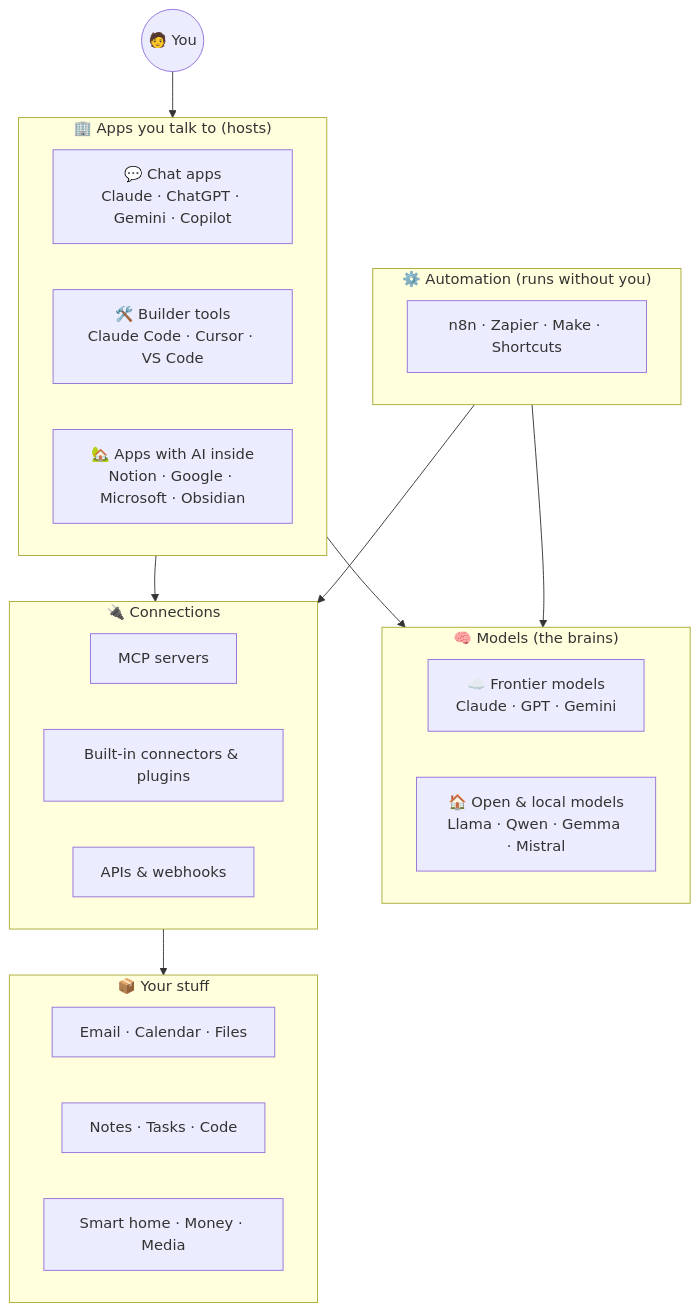
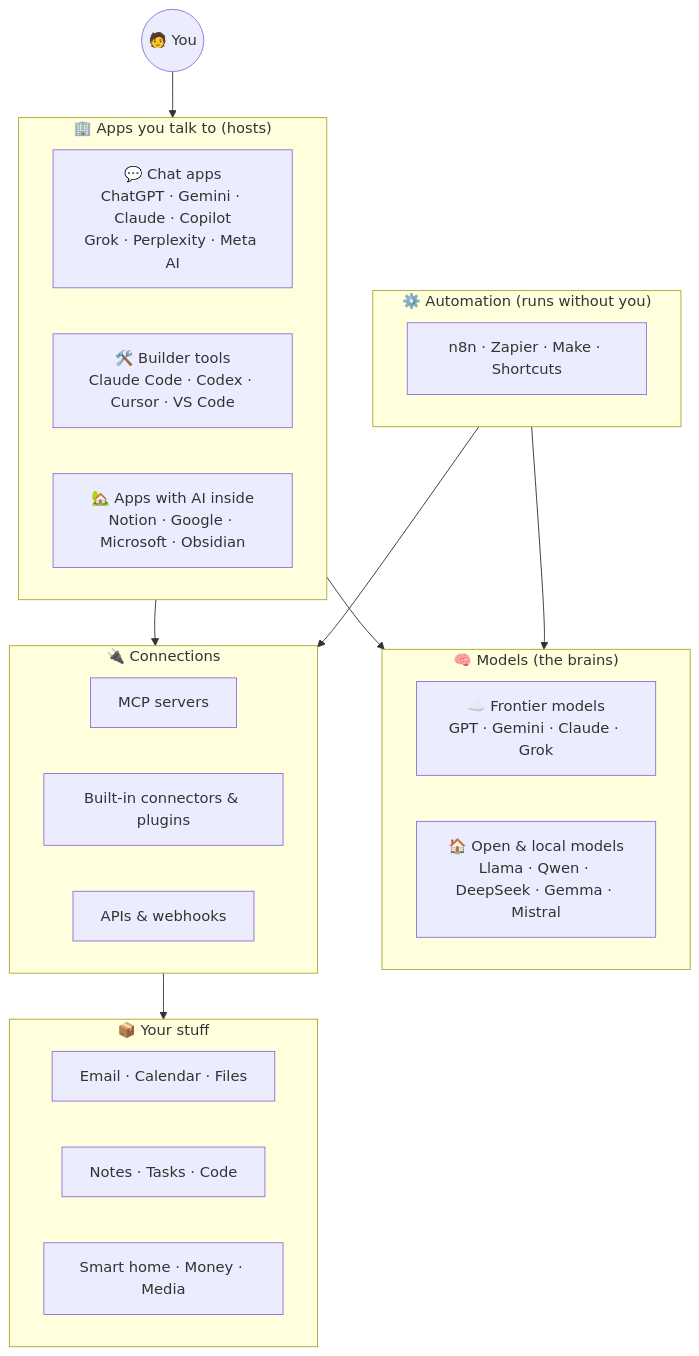
Before and after one commit to Axmann8/AI_For_Advanced_Beginners: the first of 2 diagrams in manual/start-here/c-the-big-map.md, drawn with Mermaid. The commit also changed other lines of this file and 46 other files, not shown here.

````diff
--- a/manual/start-here/c-the-big-map.md
+++ b/manual/start-here/c-the-big-map.md
@@ -30,32 +30,32 @@
 ```mermaid
 flowchart TB
     YOU((🧑 You))
     subgraph APPS["🏢 Apps you talk to (hosts)"]
-        A1[💬 Chat apps<br/>Claude · ChatGPT · Gemini · Copilot]
-        A2[🛠️ Builder tools<br/>Claude Code · Cursor · VS Code]
+        A1["💬 Chat apps<br/>ChatGPT · Gemini · Claude · Copilot<br/>Grok · Perplexity · Meta AI"]
+        A2[🛠️ Builder tools<br/>Claude Code · Codex · Cursor · VS Code]
         A3[🏡 Apps with AI inside<br/>Notion · Google · Microsoft · Obsidian]
     end
     subgraph BRAINS["🧠 Models (the brains)"]
-        M1[☁️ Frontier models<br/>Claude · GPT · Gemini]
-        M2[🏠 Open & local models<br/>Llama · Qwen · Gemma · Mistral]
+        M1[☁️ Frontier models<br/>GPT · Gemini · Claude · Grok]
+        M2[🏠 Open & local models<br/>Llama · Qwen · DeepSeek · Gemma · Mistral]
     end
     subgraph PIPES["🔌 Connections"]
         C1[MCP servers]
         C2[Built-in connectors & plugins]
         C3[APIs & webhooks]
     end
     subgraph ROBOTS["⚙️ Automation (runs without you)"]
         R1[n8n · Zapier · Make · Shortcuts]
     end
     subgraph STUFF["📦 Your stuff"]
         D1[Email · Calendar · Files]
         D2[Notes · Tasks · Code]
         D3[Smart home · Money · Media]
     end
     YOU --> APPS
     APPS --> BRAINS
     APPS --> PIPES
     ROBOTS --> BRAINS
     ROBOTS --> PIPES
     PIPES --> STUFF
 ```
````
